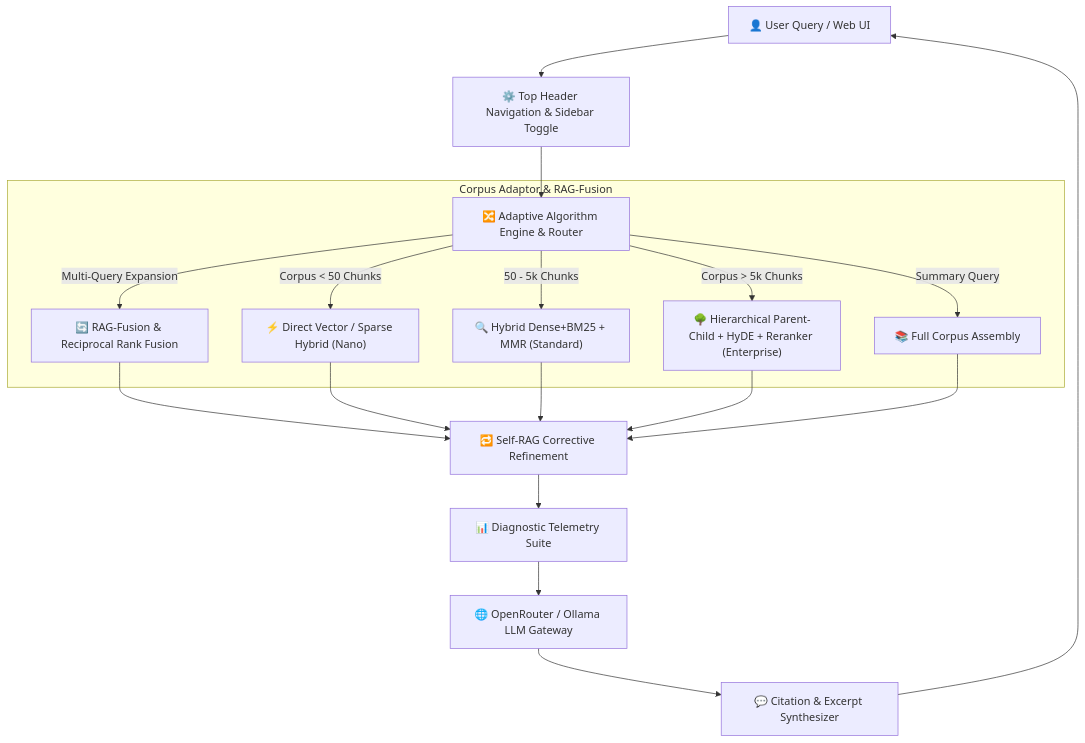
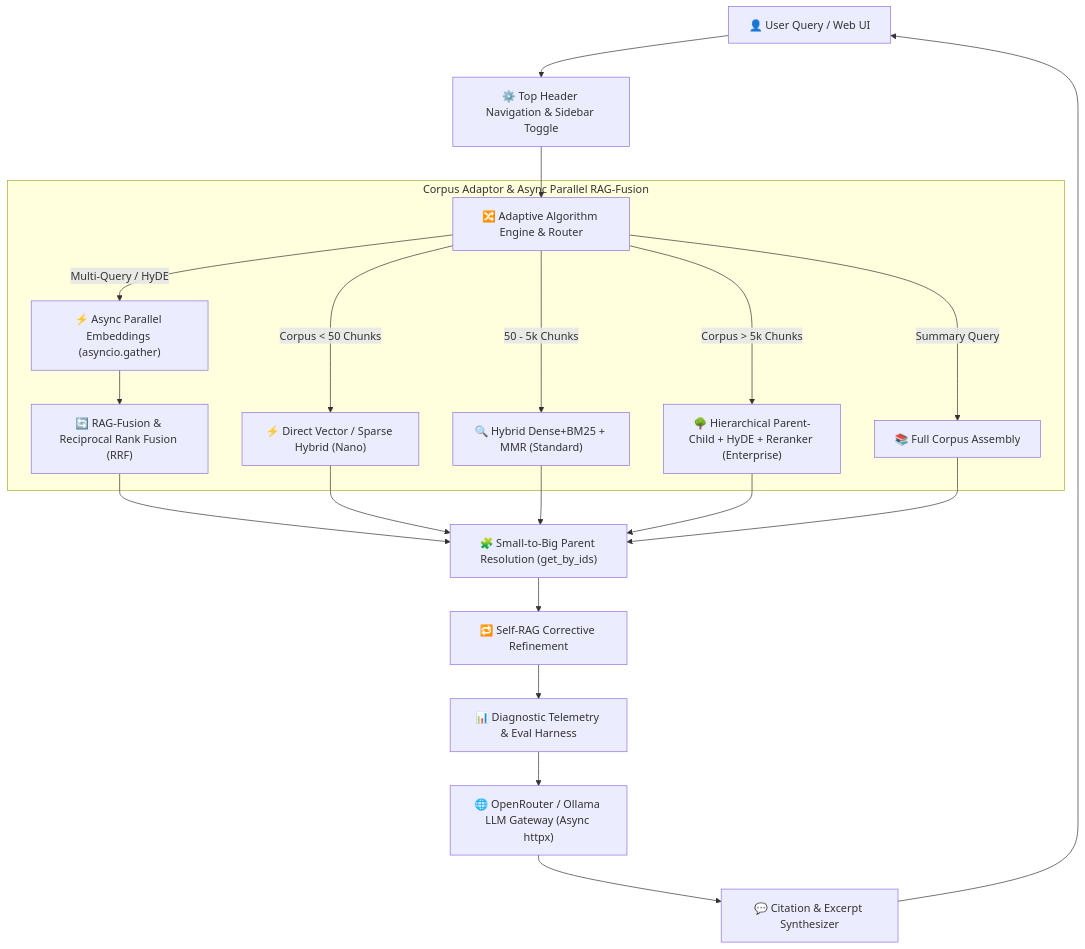
The diagram in README.md (DarkWolfHunter007/Ultimate-RAG-System), drawn with Mermaid before and after one commit. The commit also changed other lines of this file and 16 other files, not shown here.

Commit message:
feat(v1.1.0): async parallelism, evaluation harness, parent-child memory fix, and architecture refactoring

````diff
--- a/README.md
+++ b/README.md
@@ -25,19 +25,21 @@
 ```mermaid
 graph TD
     User["👤 User Query / Web UI"] --> HeaderNav["⚙️ Top Header Navigation & Sidebar Toggle"]
     HeaderNav --> Router["🔀 Adaptive Algorithm Engine & Router"]
     
-    subgraph Corpus Adaptor & RAG-Fusion
-        Router -->|Multi-Query Expansion| RAGFusion["🔄 RAG-Fusion & Reciprocal Rank Fusion"]
+    subgraph Corpus Adaptor & Async Parallel RAG-Fusion
+        Router -->|Multi-Query / HyDE| AsyncGather["⚡ Async Parallel Embeddings (asyncio.gather)"]
+        AsyncGather --> RAGFusion["🔄 RAG-Fusion & Reciprocal Rank Fusion (RRF)"]
         Router -->|Corpus < 50 Chunks| Direct["⚡ Direct Vector / Sparse Hybrid (Nano)"]
         Router -->|50 - 5k Chunks| MidTier["🔍 Hybrid Dense+BM25 + MMR (Standard)"]
         Router -->|Corpus > 5k Chunks| DeepTier["🌳 Hierarchical Parent-Child + HyDE + Reranker (Enterprise)"]
         Router -->|Summary Query| FullCorpus["📚 Full Corpus Assembly"]
     end
-    
-    RAGFusion & Direct & MidTier & DeepTier & FullCorpus --> SelfRAG["🔁 Self-RAG Corrective Refinement"]
-    SelfRAG --> DiagnosticEngine["📊 Diagnostic Telemetry Suite"]
-    DiagnosticEngine --> OpenRouter["🌐 OpenRouter / Ollama LLM Gateway"]
+
+    RAGFusion & Direct & MidTier & DeepTier & FullCorpus --> SmallToBig["🧩 Small-to-Big Parent Resolution (get_by_ids)"]
+    SmallToBig --> SelfRAG["🔁 Self-RAG Corrective Refinement"]
+    SelfRAG --> DiagnosticEngine["📊 Diagnostic Telemetry & Eval Harness"]
+    DiagnosticEngine --> OpenRouter["🌐 OpenRouter / Ollama LLM Gateway (Async httpx)"]
     OpenRouter --> AnswerEngine["💬 Citation & Excerpt Synthesizer"]
     AnswerEngine --> User
 ```
````
